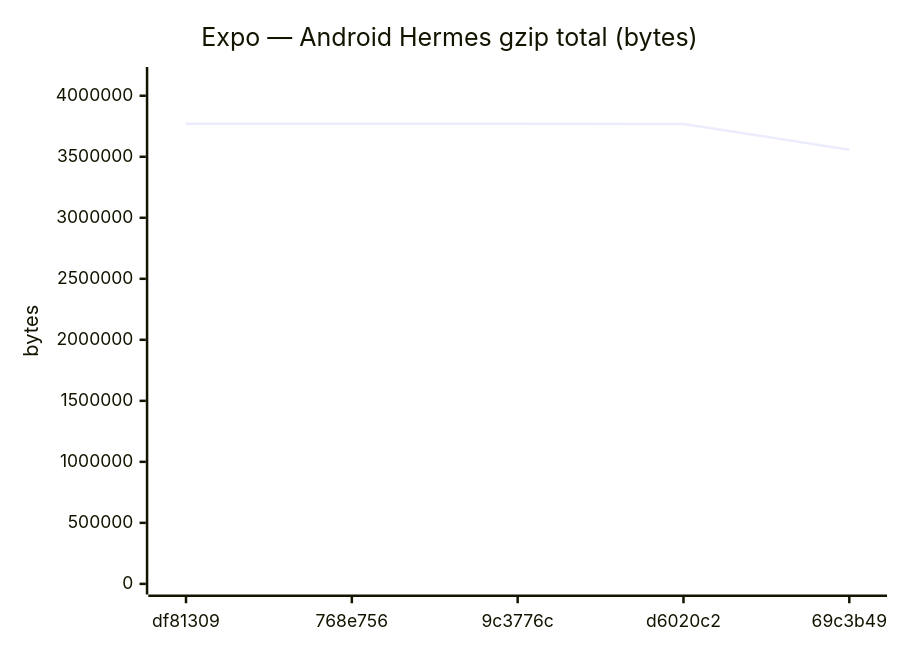
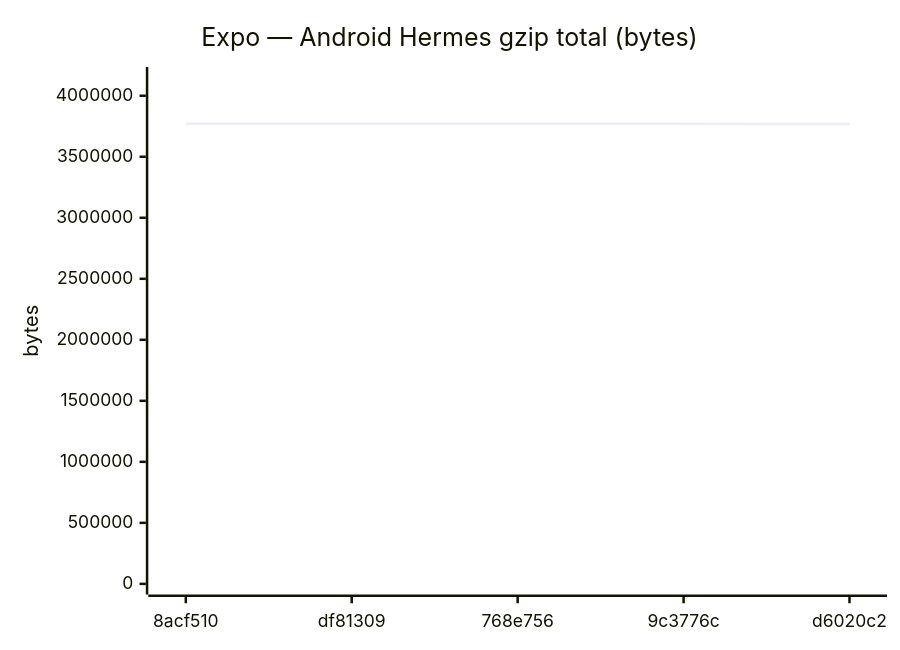
Diagram 11 of 18 in benchmarks/compare.md (Metaheurist/Rianell), drawn with Mermaid before and after one commit. The commit also changed other lines of this file and 11 other files, not shown here.

````diff
--- a/benchmarks/compare.md
+++ b/benchmarks/compare.md
@@ -172,7 +172,7 @@
 ```mermaid
 xychart-beta
     title "Expo — Android Hermes gzip total (bytes)"
-    x-axis ["df81309", "768e756", "9c3776c", "d6020c2", "69c3b49"]
+    x-axis ["8acf510", "df81309", "768e756", "9c3776c", "d6020c2"]
     y-axis "bytes" 0 --> 4148478
-    line [3770634, 3771343, 3770634, 3767812, 3557908]
+    line [3770636, 3770634, 3771343, 3770634, 3767812]
 ```
````
